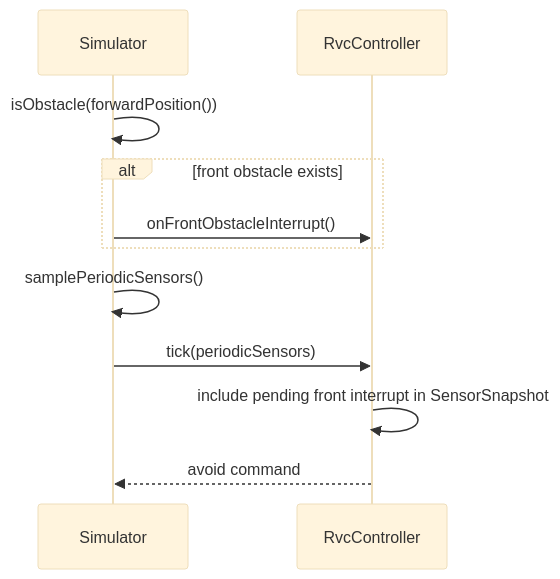
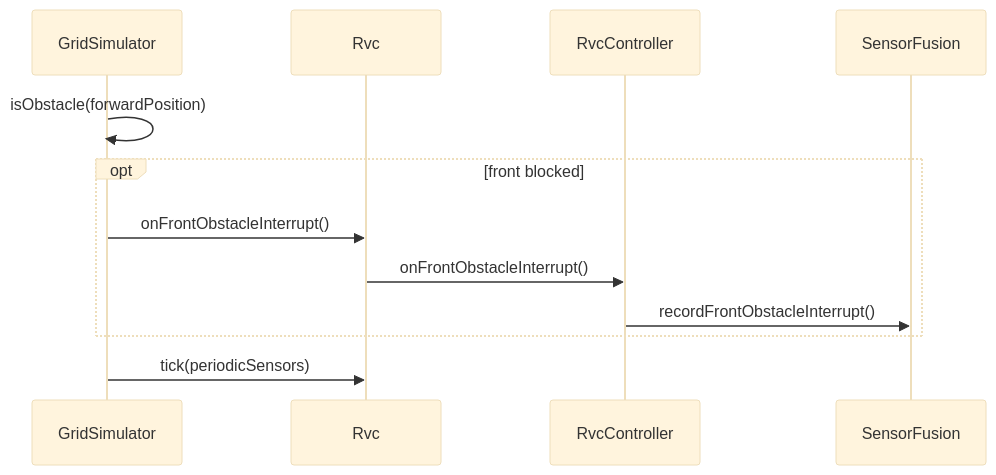
The second of 4 diagrams in docs/ood_sequence_diagrams.md (reload02/ooad-vibe), drawn with Mermaid (base theme) before and after one commit. The commit also changed other lines of this file and 18 other files, not shown here.

First line of the commit message:
Refactor RVC architecture to enhance modularity and maintainability

````diff
--- a/docs/ood_sequence_diagrams.md
+++ b/docs/ood_sequence_diagrams.md
@@ -22,14 +31,15 @@
 ```mermaid
 sequenceDiagram
-    participant Simulator
+    participant Simulator as GridSimulator
+    participant RVC as Rvc
     participant Controller as RvcController
+    participant Fusion as SensorFusion
 
-    Simulator->>Simulator: isObstacle(forwardPosition())
-    alt front obstacle exists
-        Simulator->>Controller: onFrontObstacleInterrupt()
+    Simulator->>Simulator: isObstacle(forwardPosition)
+    opt front blocked
+        Simulator->>RVC: onFrontObstacleInterrupt()
+        RVC->>Controller: onFrontObstacleInterrupt()
+        Controller->>Fusion: recordFrontObstacleInterrupt()
     end
-    Simulator->>Simulator: samplePeriodicSensors()
-    Simulator->>Controller: tick(periodicSensors)
-    Controller->>Controller: include pending front interrupt in SensorSnapshot
-    Controller-->>Simulator: avoid command
+    Simulator->>RVC: tick(periodicSensors)
 ```
````
